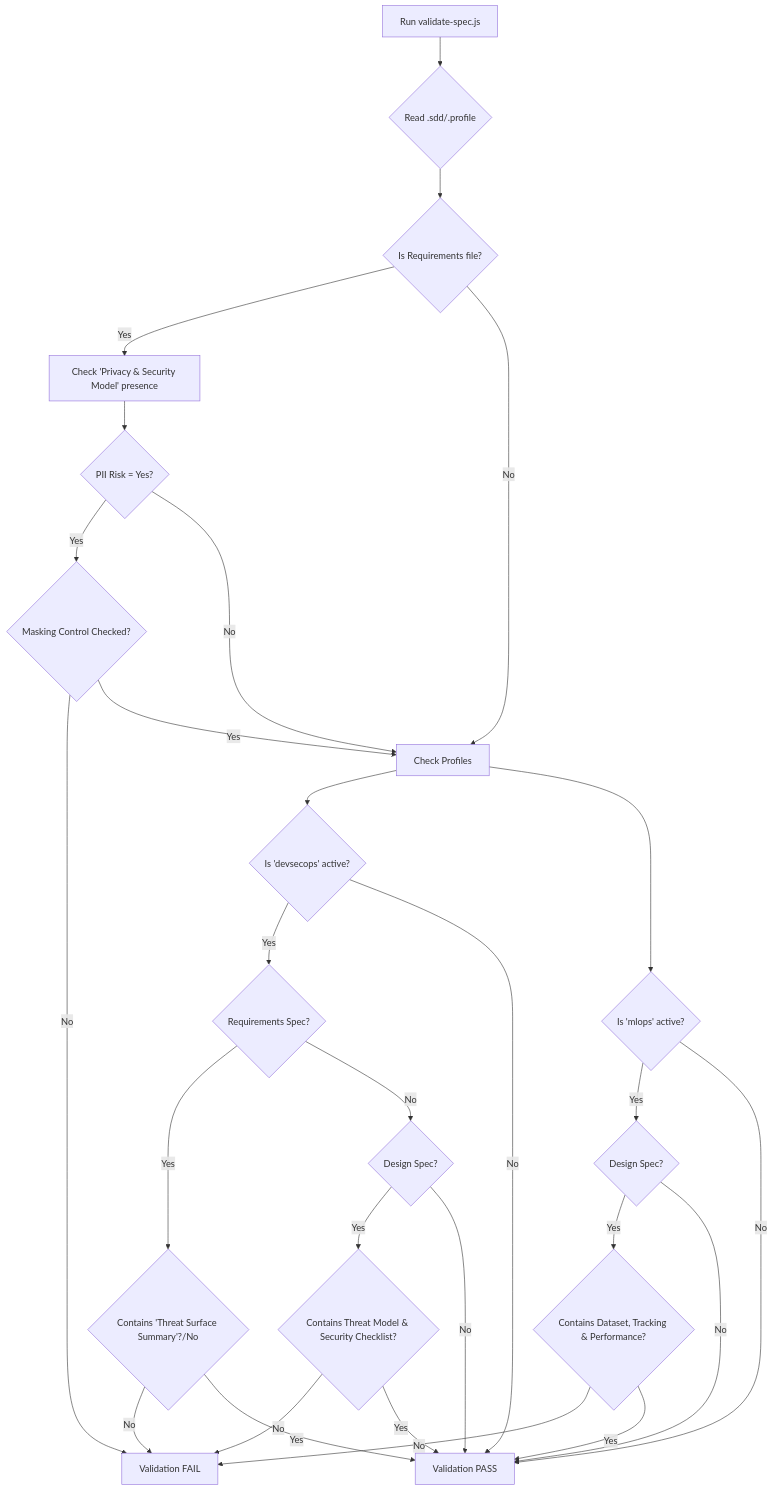
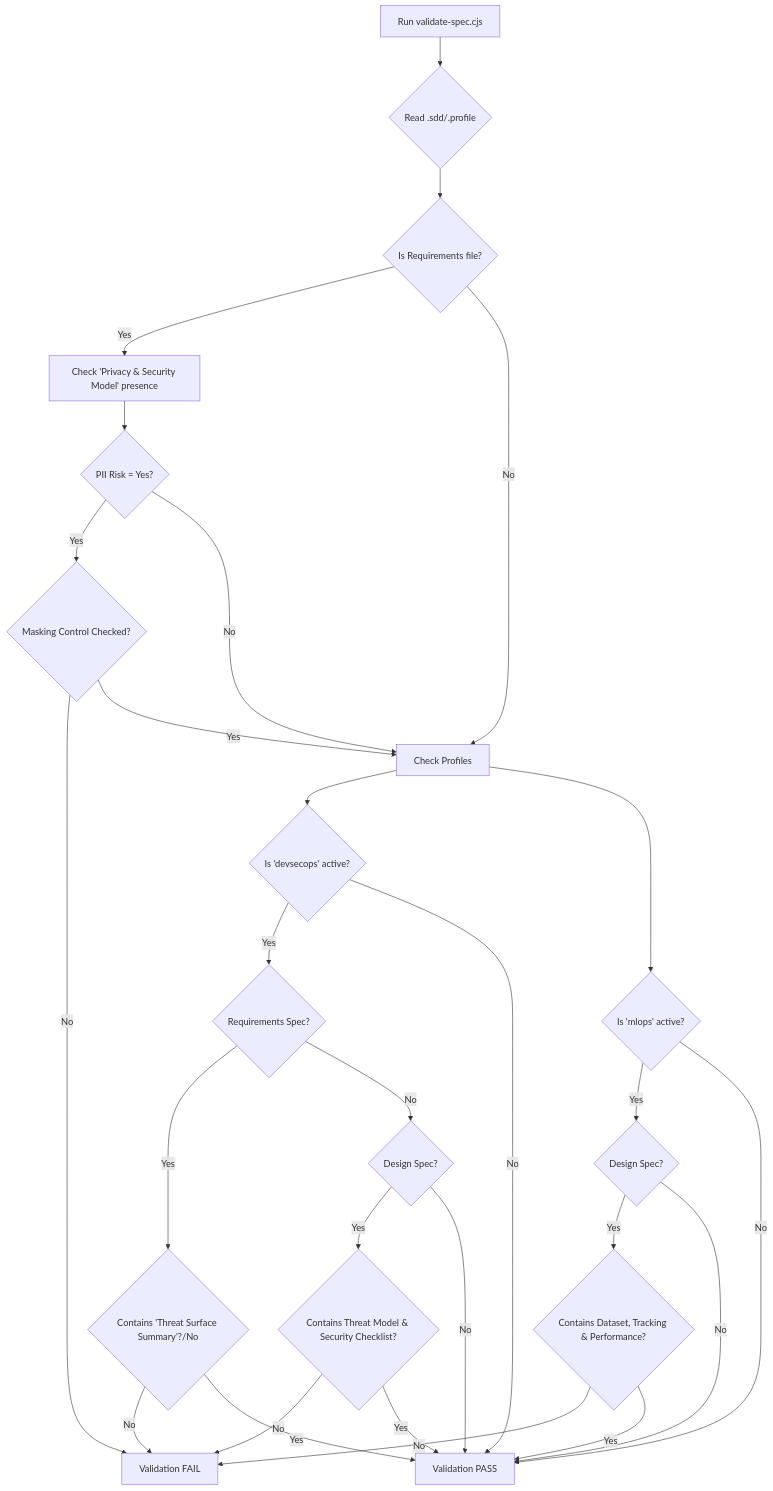
Before and after one commit to ThisIsPhila/Spec-Driven-Development-Framework: the fifth of 5 diagrams in docs/process-flows.md, drawn with Mermaid. The commit also changed other lines of this file and 62 other files, not shown here.

````diff
--- a/docs/process-flows.md
+++ b/docs/process-flows.md
@@ -143,34 +143,34 @@
 ```mermaid
 graph TD
-    A[Run validate-spec.js <file>] --> B{Read .sdd/.profile}
+    A[Run validate-spec.cjs <file>] --> B{Read .sdd/.profile}
     B --> C{Is Requirements file?}
     
     C -->|Yes| D[Check 'Privacy & Security Model' presence]
     D --> E{PII Risk = Yes?}
     E -->|Yes| F{Masking Control Checked?}
     F -->|No| G[Validation FAIL]
     F -->|Yes| H[Check Profiles]
     E -->|No| H
     C -->|No| H
     
     H --> I{Is 'devsecops' active?}
     I -->|Yes| J{Requirements Spec?}
     J -->|Yes| K{Contains 'Threat Surface Summary'?/No}
     K -->|No| G
     J -->|No| L{Design Spec?}
     L -->|Yes| M{Contains Threat Model & Security Checklist?}
     M -->|No| G
     
     H --> N{Is 'mlops' active?}
     N -->|Yes| O{Design Spec?}
     O -->|Yes| P{Contains Dataset, Tracking & Performance?}
     P -->|No| G
     
     K -->|Yes| Q[Validation PASS]
     M -->|Yes| Q
     P -->|Yes| Q
     L -->|No| Q
     O -->|No| Q
     I -->|No| Q
     N -->|No| Q
 ```
````
